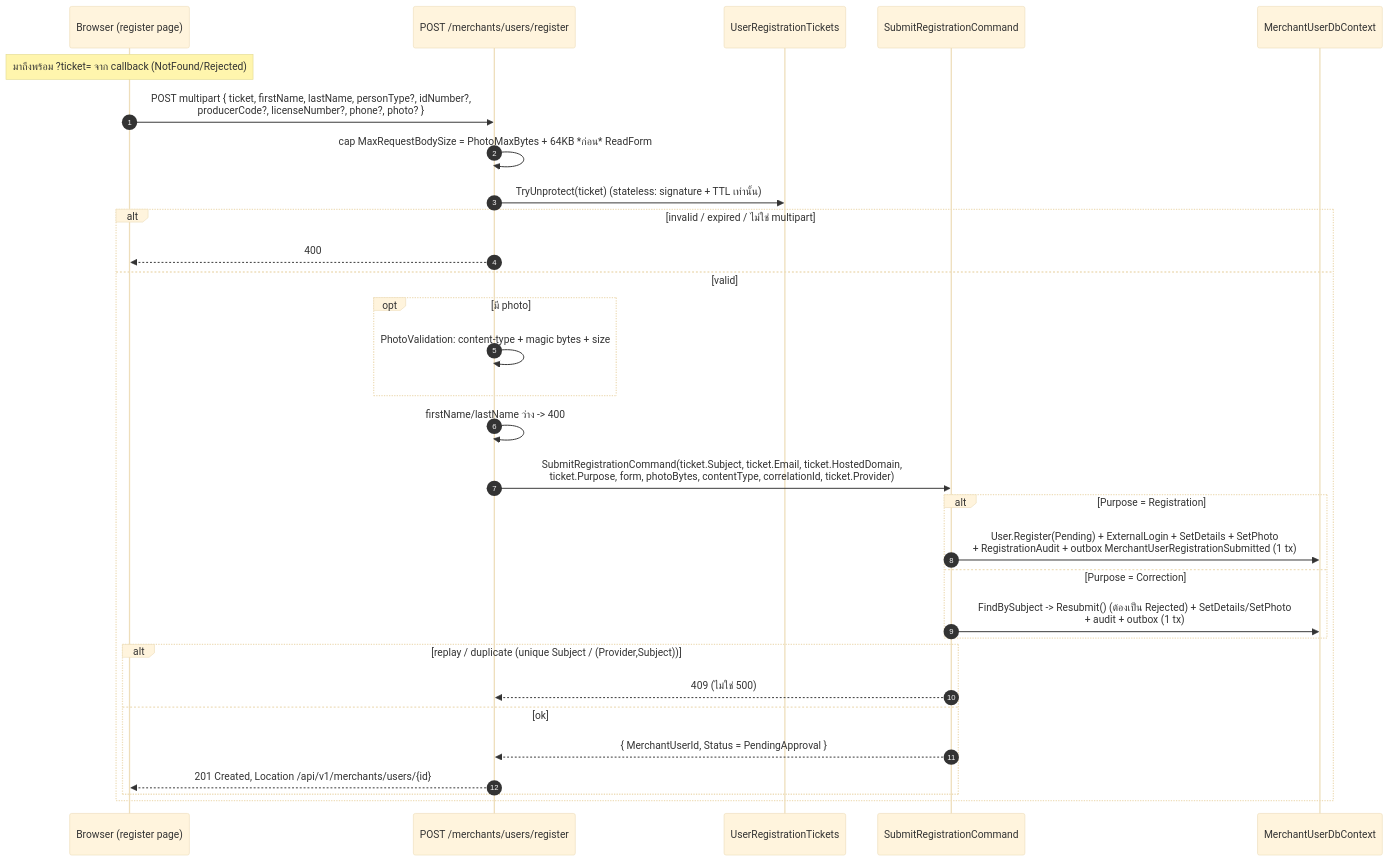
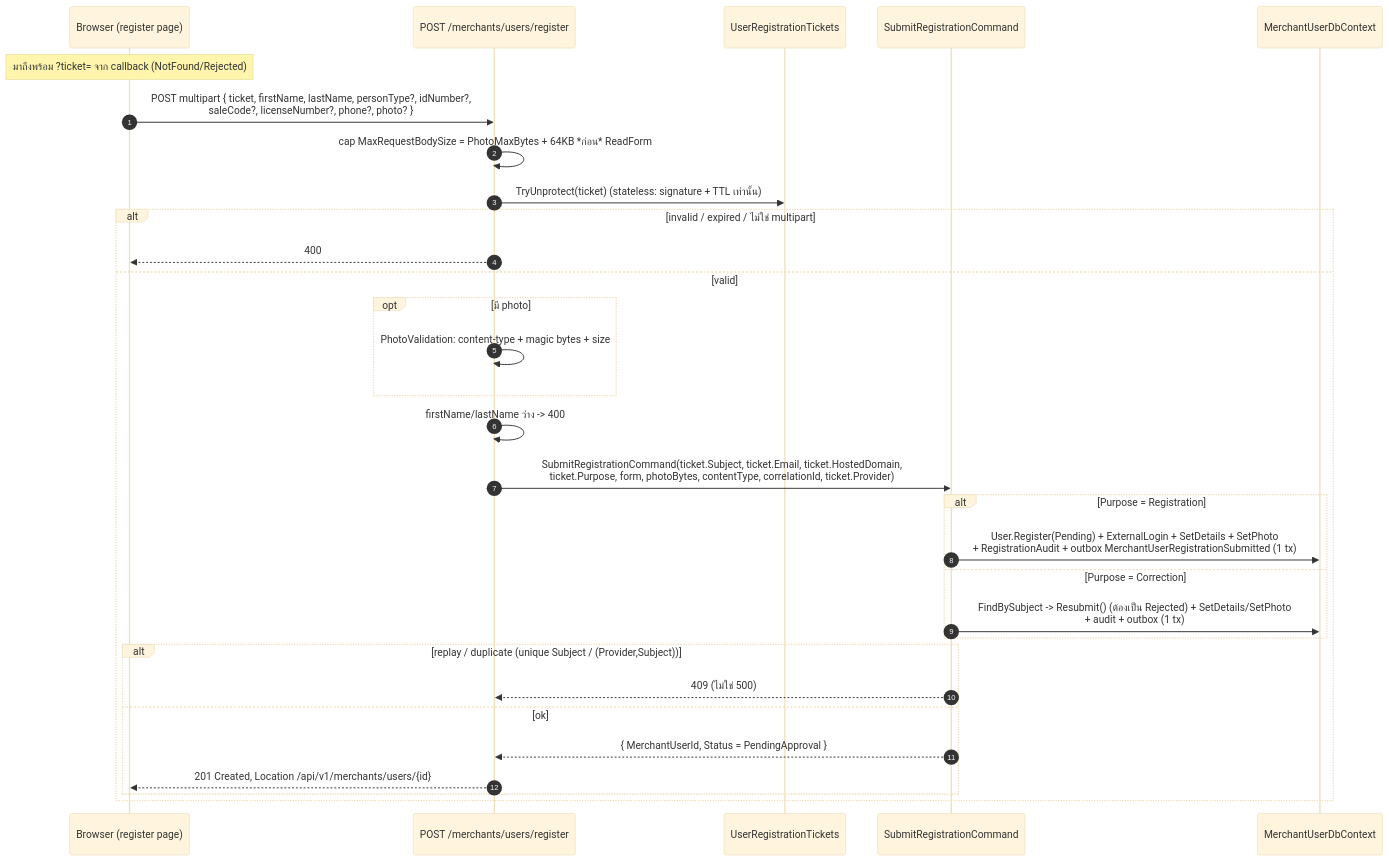
Before and after one commit to metrodiesign/pol-core: the fourth of 7 diagrams in docs/reference/merchants.md, drawn with Mermaid (base theme). The commit also changed other lines of this file and 154 other files, not shown here.

````diff
--- a/docs/reference/merchants.md
+++ b/docs/reference/merchants.md
@@ -411,34 +411,34 @@
 ```mermaid
 sequenceDiagram
     autonumber
     participant B as Browser (register page)
     participant API as POST /merchants/users/register
     participant T as UserRegistrationTickets
     participant SR as SubmitRegistrationCommand
     participant DB as MerchantUserDbContext
 
     Note over B: มาถึงพร้อม ?ticket= จาก callback (NotFound/Rejected)
-    B->>API: POST multipart { ticket, firstName, lastName, personType?, idNumber?,<br/>producerCode?, licenseNumber?, phone?, photo? }
+    B->>API: POST multipart { ticket, firstName, lastName, personType?, idNumber?,<br/>saleCode?, licenseNumber?, phone?, photo? }
     API->>API: cap MaxRequestBodySize = PhotoMaxBytes + 64KB *ก่อน* ReadForm
     API->>T: TryUnprotect(ticket)  (stateless: signature + TTL เท่านั้น)
     alt invalid / expired / ไม่ใช่ multipart
         API-->>B: 400
     else valid
         opt มี photo
             API->>API: PhotoValidation: content-type + magic bytes + size
         end
         API->>API: firstName/lastName ว่าง -> 400
         API->>SR: SubmitRegistrationCommand(ticket.Subject, ticket.Email, ticket.HostedDomain,<br/>ticket.Purpose, form, photoBytes, contentType, correlationId, ticket.Provider)
         alt Purpose = Registration
             SR->>DB: User.Register(Pending) + ExternalLogin + SetDetails + SetPhoto<br/>+ RegistrationAudit + outbox MerchantUserRegistrationSubmitted  (1 tx)
         else Purpose = Correction
             SR->>DB: FindBySubject -> Resubmit() (ต้องเป็น Rejected) + SetDetails/SetPhoto<br/>+ audit + outbox  (1 tx)
         end
         alt replay / duplicate (unique Subject / (Provider,Subject))
             SR-->>API: 409 (ไม่ใช่ 500)
         else ok
             SR-->>API: { MerchantUserId, Status = PendingApproval }
             API-->>B: 201 Created, Location /api/v1/merchants/users/{id}
         end
     end
 ```
````
